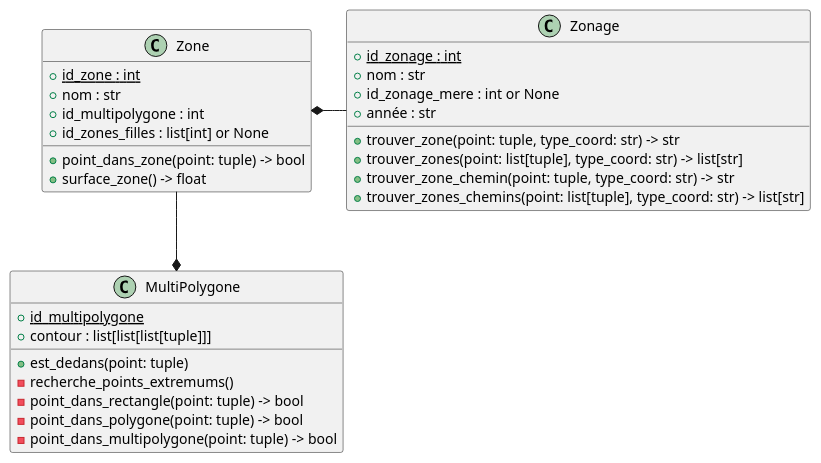
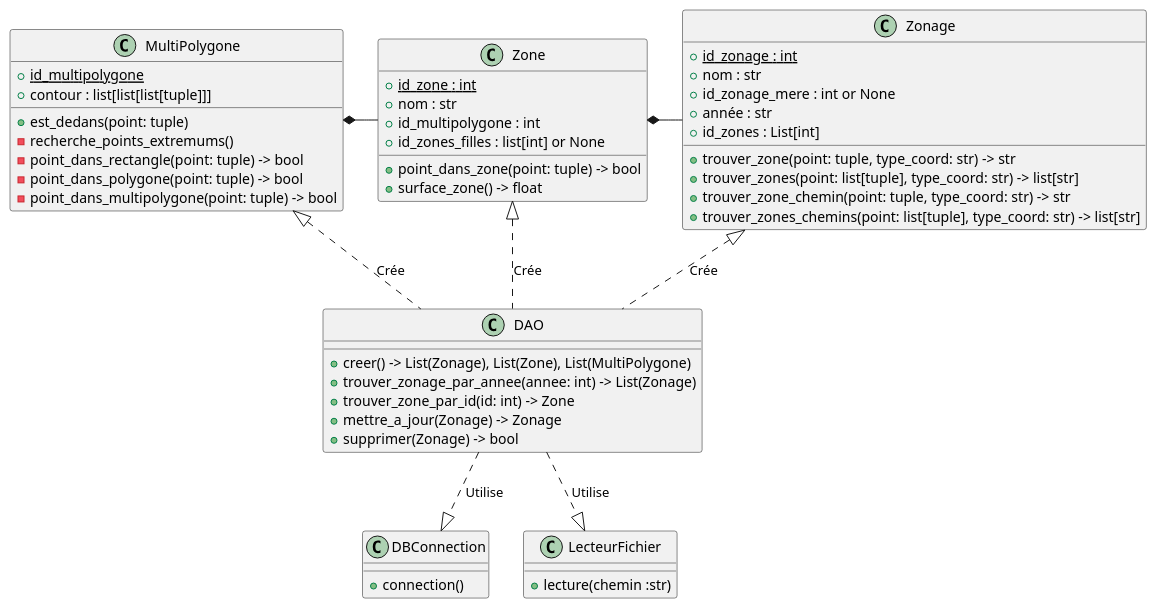
Before and after one commit to antoni-guardia/ENSAI_ProjetInfo2A: the diagram in doc/diagrammes/diagramme_classes.md, drawn with PlantUML. The commit also changed 1 other file, not shown here.

Commit message:
maj class diag

```diff
--- a/doc/diagrammes/diagramme_classes.md
+++ b/doc/diagrammes/diagramme_classes.md
@@ -1,40 +1,62 @@
 @startuml
 
 class Zone {
  + {Static} id_zone : int
  + nom : str
  + id_multipolygone : int
  + id_zones_filles : list[int] or None
  + point_dans_zone(point: tuple) -> bool
  + surface_zone() -> float 
  }
 
 class Zonage {
  + {Static} id_zonage : int
  + nom : str
  + id_zonage_mere : int or None
  + année : str
+ + id_zones : List[int]
  + trouver_zone(point: tuple, type_coord: str) -> str
  + trouver_zones(point: list[tuple], type_coord: str) -> list[str]
  + trouver_zone_chemin(point: tuple, type_coord: str) -> str
  + trouver_zones_chemins(point: list[tuple], type_coord: str) -> list[str]
  }
 
 class MultiPolygone{
  + {Static} id_multipolygone
  + contour : list[list[list[tuple]]]
  + est_dedans(point: tuple)
  - recherche_points_extremums()
  - point_dans_rectangle(point: tuple) -> bool
  - point_dans_polygone(point: tuple) -> bool
  - point_dans_multipolygone(point: tuple) -> bool
  }
 
+class DAO{
+  + creer() -> List(Zonage), List(Zone), List(MultiPolygone)
+  + trouver_zonage_par_annee(annee: int) -> List(Zonage)
+  + trouver_zone_par_id(id: int) -> Zone
+  + mettre_a_jour(Zonage) -> Zonage
+  + supprimer(Zonage) -> bool
+}
 
 
 
-Zone -down-* MultiPolygone
-Zone *- Zonage
+class DBConnection{
++ connection()
+}
+
+class LecteurFichier{
++ lecture(chemin :str)
+}
 
 
+
+Zone -left-* MultiPolygone
+Zone *-right- Zonage
+Zone <|.. DAO : Crée
+Zonage <|.. DAO : Crée
+MultiPolygone <|.. DAO : Crée
+DBConnection <|.up. DAO : Utilise
+LecteurFichier <|.up. DAO : Utilise
+
 @enduml
```
